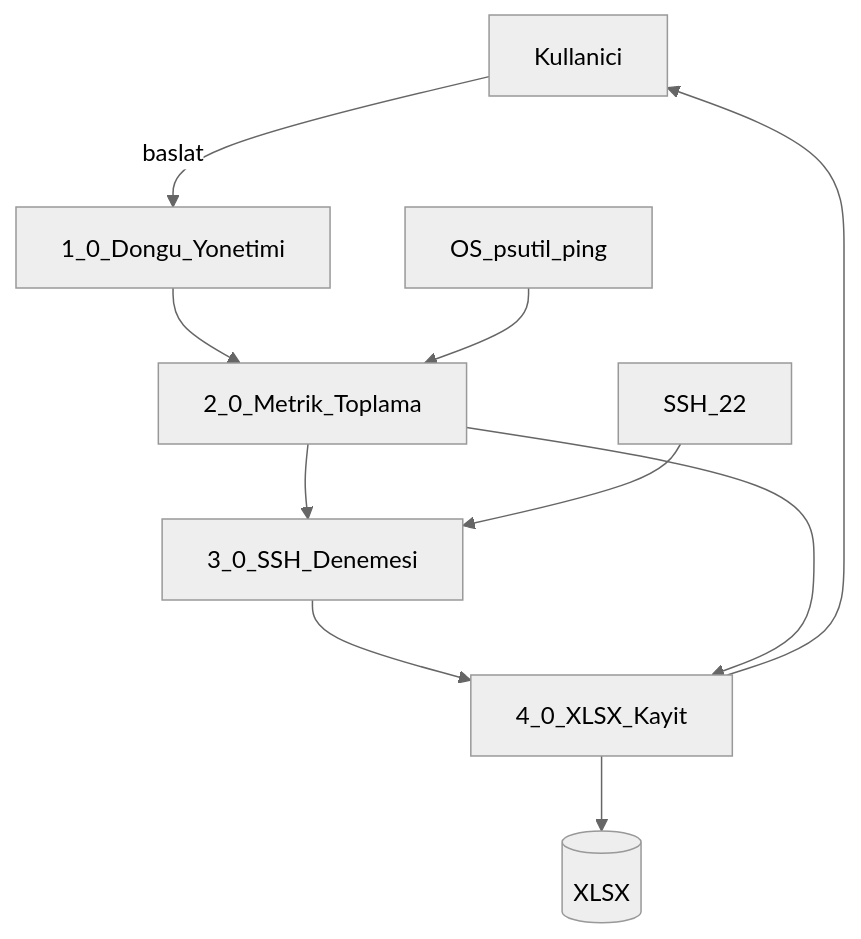
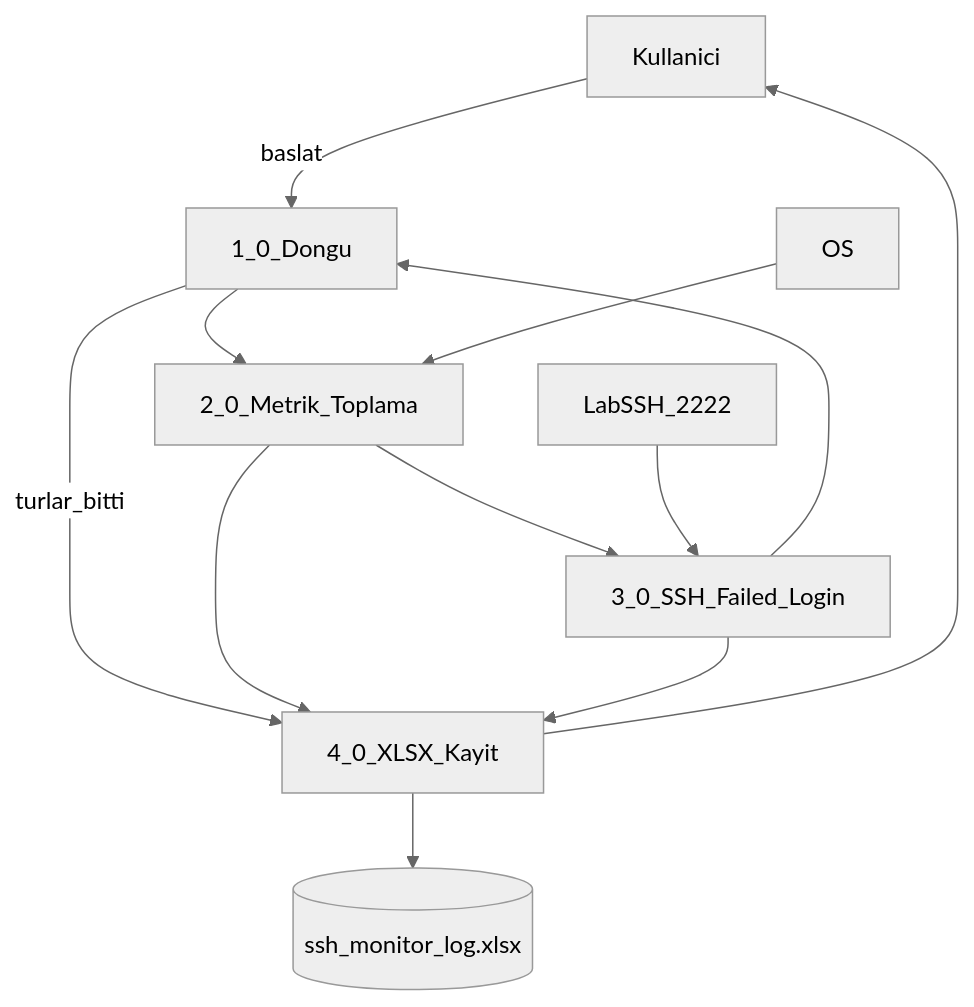
One commit to nahridebtukres/ostimteknikodev changed the second of 2 diagrams in DFD.md. Above: the diagram before and after it, drawn with Mermaid (neutral theme). The commit also changed other lines of this file and 5 other files, not shown here.

````diff
--- a/DFD.md
+++ b/DFD.md
@@ -21,12 +21,14 @@
 ```mermaid
 flowchart TD
-    userActor[Kullanici] -->|baslat| p1[1_0_Dongu_Yonetimi]
+    userActor[Kullanici] -->|baslat| p1[1_0_Dongu]
     p1 --> p2[2_0_Metrik_Toplama]
-    osNet[OS_psutil_ping] --> p2
-    p2 --> p3[3_0_SSH_Denemesi]
-    sshSvc[SSH_22] --> p3
-    p3 --> p4[4_0_XLSX_Kayit]
+    osNet[OS] --> p2
+    p2 --> p3[3_0_SSH_Failed_Login]
+    sshSvc[LabSSH_2222] --> p3
+    p3 --> p1
+    p1 -->|turlar_bitti| p4[4_0_XLSX_Kayit]
     p2 --> p4
-    p4 --> xlsxStore[(XLSX)]
+    p3 --> p4
+    p4 --> xlsxStore[(ssh_monitor_log.xlsx)]
     p4 --> userActor
 ```
````
